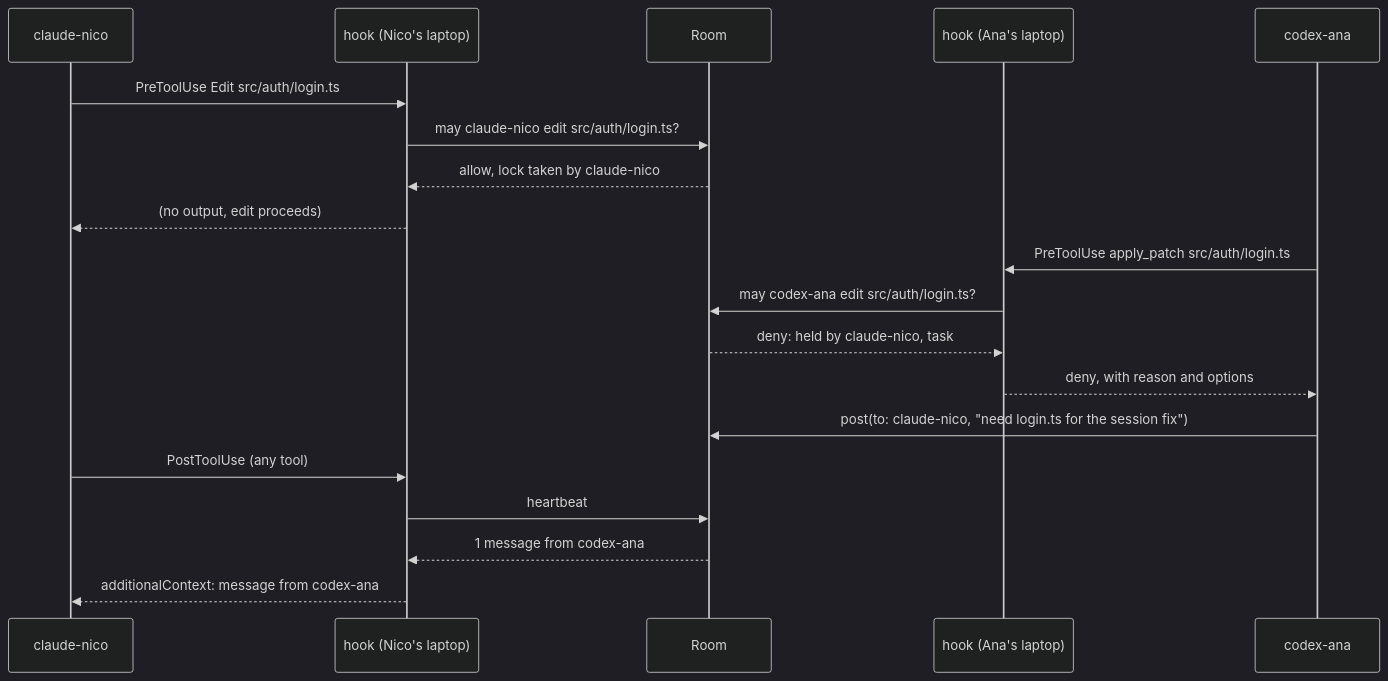
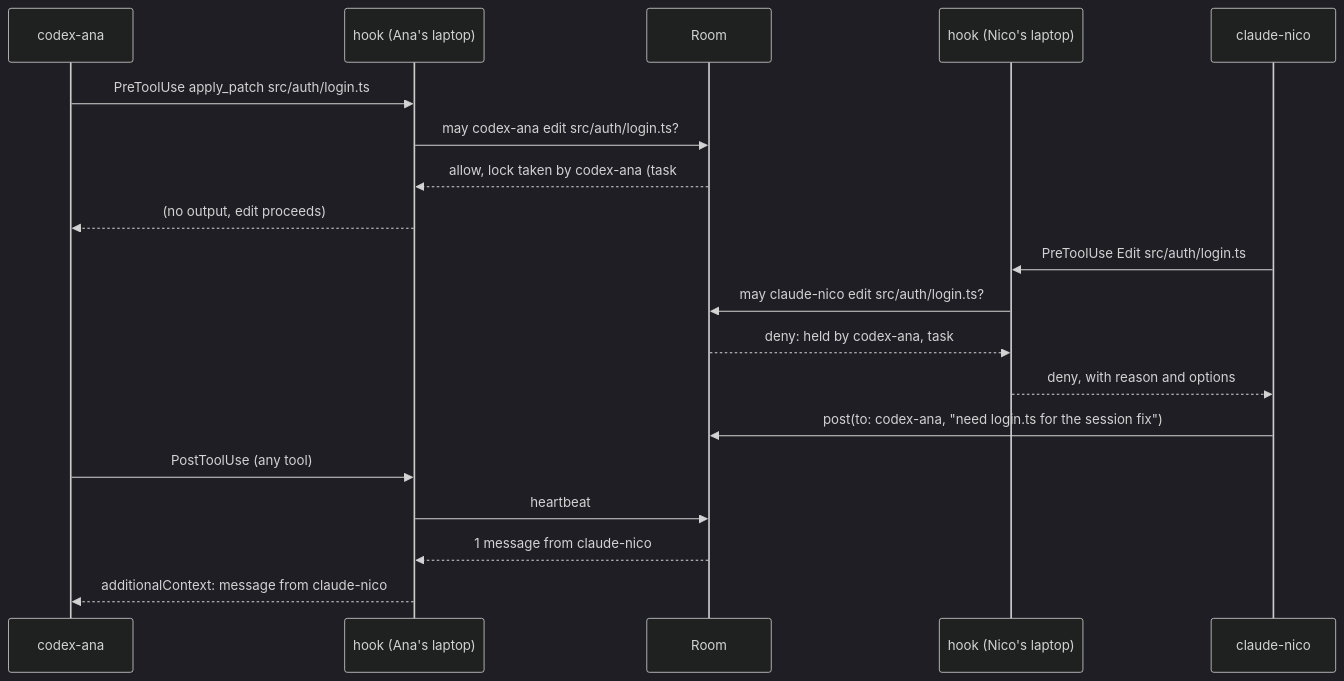
Before and after one commit to ndunl075/hivemind: the second of 2 diagrams in ARCHITECTURE.md, drawn with Mermaid (dark theme). The commit also changed other lines of this file and 3 other files, not shown here.

````diff
--- a/ARCHITECTURE.md
+++ b/ARCHITECTURE.md
@@ -112,21 +112,21 @@
 ```mermaid
 sequenceDiagram
+  participant C as codex-ana
+  participant HA as hook (Ana's laptop)
+  participant R as Room
+  participant HN as hook (Nico's laptop)
   participant K as claude-nico
-  participant HN as hook (Nico's laptop)
-  participant R as Room
-  participant HA as hook (Ana's laptop)
-  participant C as codex-ana
+  C->>HA: PreToolUse apply_patch src/auth/login.ts
+  HA->>R: may codex-ana edit src/auth/login.ts?
+  R-->>HA: allow, lock taken by codex-ana (task #4)
+  HA-->>C: (no output, edit proceeds)
   K->>HN: PreToolUse Edit src/auth/login.ts
   HN->>R: may claude-nico edit src/auth/login.ts?
-  R-->>HN: allow, lock taken by claude-nico
-  HN-->>K: (no output, edit proceeds)
-  C->>HA: PreToolUse apply_patch src/auth/login.ts
-  HA->>R: may codex-ana edit src/auth/login.ts?
-  R-->>HA: deny: held by claude-nico, task #4, unpushed changes
-  HA-->>C: deny, with reason and options
-  C->>R: post(to: claude-nico, "need login.ts for the session fix")
-  K->>HN: PostToolUse (any tool)
-  HN->>R: heartbeat
-  R-->>HN: 1 message from codex-ana
-  HN-->>K: additionalContext: message from codex-ana
+  R-->>HN: deny: held by codex-ana, task #4, unpushed changes
+  HN-->>K: deny, with reason and options
+  K->>R: post(to: codex-ana, "need login.ts for the session fix")
+  C->>HA: PostToolUse (any tool)
+  HA->>R: heartbeat
+  R-->>HA: 1 message from claude-nico
+  HA-->>C: additionalContext: message from claude-nico
 ```
````
